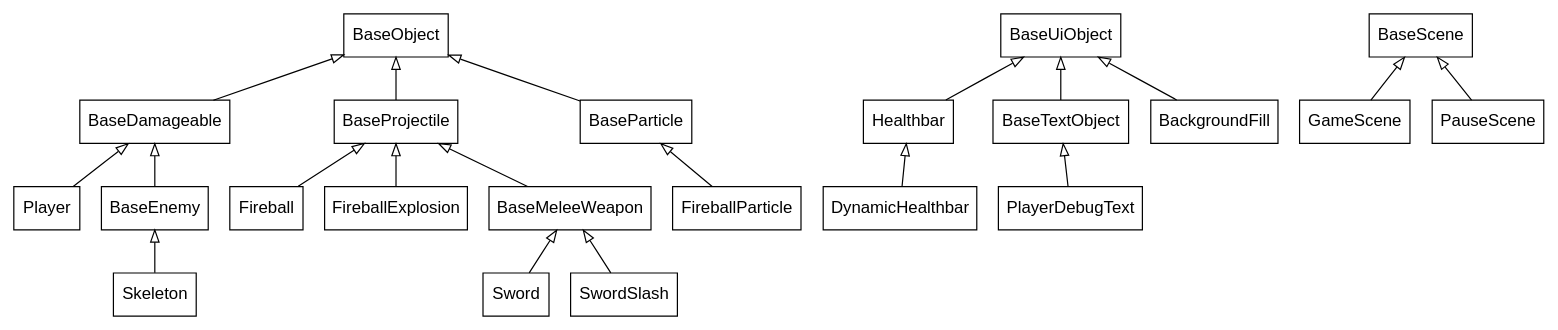
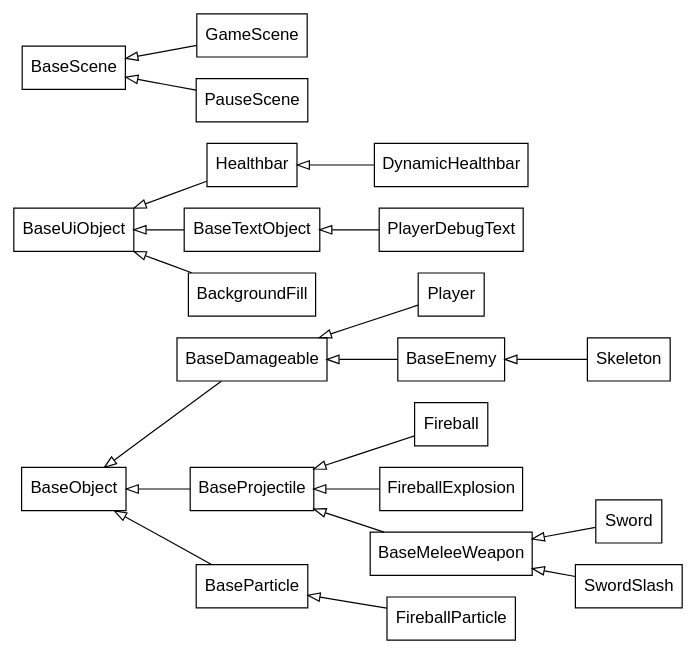
The diagram in inheritance.gv (lachfoy/2dgameABANDONED), drawn with Graphviz before and after one commit. The commit also changed 17 other files, not shown here.

```diff
--- a/inheritance.gv
+++ b/inheritance.gv
@@ -1,26 +1,27 @@
 digraph inheritance {
     //size="800,600"
+    rankdir="LR"
     node [shape=box fontname="Helvetica,Arial,sans-serif"]
     edge [dir=back arrowtail=empty]
 
     subgraph objects {
         BaseObject->{BaseDamageable, BaseProjectile, BaseParticle}
         BaseDamageable->{Player, BaseEnemy}
         BaseProjectile->{Fireball, FireballExplosion, BaseMeleeWeapon}
         BaseParticle->FireballParticle
         BaseMeleeWeapon->{Sword, SwordSlash}
         BaseEnemy->Skeleton
     }
 
     subgraph uiObjects {
         BaseUiObject->{Healthbar, BaseTextObject, BackgroundFill}
         Healthbar->DynamicHealthbar
         BaseTextObject->PlayerDebugText
     }
 
     subgraph scenes {
         BaseScene->{GameScene, PauseScene}
     }
 }
 
 // use `dot -Tpng -O inheritance.gv` to generate a .png
```
